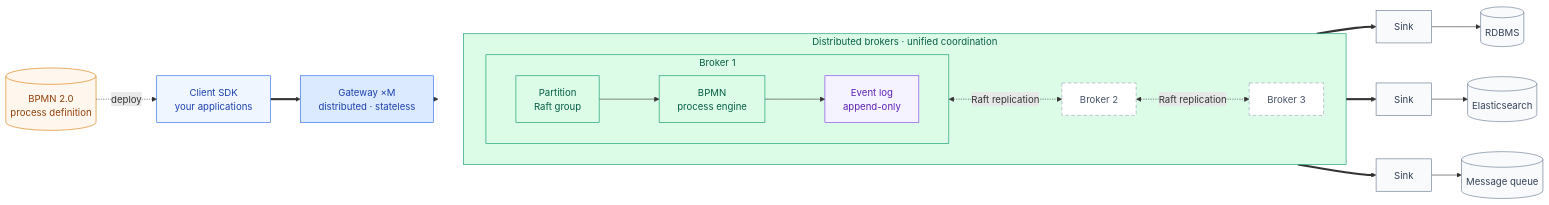
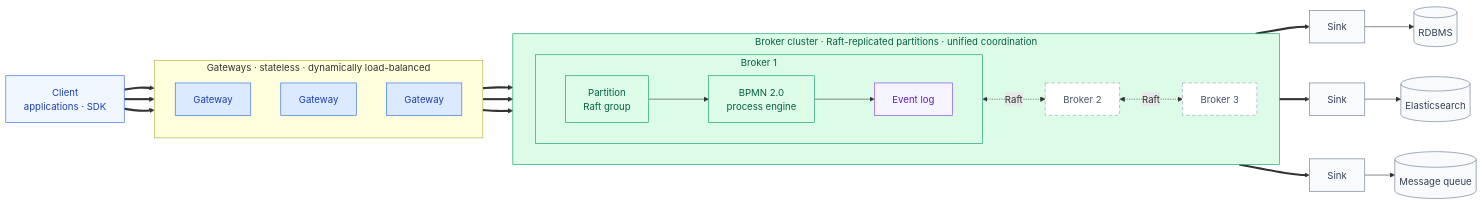
Before and after one commit to anyilanxin/kunpeng-engine: the diagram in README.zh-CN.md, drawn with Mermaid. The commit also changed other lines of this file and 1 other file, not shown here.

Commit message:
docs: refine README overview diagram
- drop the BPMN definition node: BPMN 2.0 is an engine capability, not
  an entry point
- draw three gateways with client fan-out to convey dynamic load
  balancing across stateless gateways

````diff
--- a/README.zh-CN.md
+++ b/README.zh-CN.md
@@ -7,44 +7,50 @@
 ```mermaid
 flowchart LR
-  DEF[("BPMN 2.0<br/>process definition")]
-  CLI["Client SDK<br/>your applications"]
-  GW["Gateway ×M<br/>distributed · stateless"]
+  CLI["Client<br/>applications · SDK"]
 
-  subgraph CLUSTER["Distributed brokers · unified coordination"]
+  subgraph GWS["Gateways · stateless · dynamically load-balanced"]
+    direction TB
+    GW1["Gateway"]
+    GW2["Gateway"]
+    GW3["Gateway"]
+  end
+
+  subgraph CLUSTER["Broker cluster · Raft-replicated partitions · unified coordination"]
     direction LR
     subgraph B1["Broker 1"]
       direction LR
-      RG["Partition<br/>Raft group"] --> ENG["BPMN<br/>process engine"] --> EL["Event log<br/>append-only"]
+      RG["Partition<br/>Raft group"] --> ENG["BPMN 2.0<br/>process engine"] --> EL["Event log"]
     end
     B2["Broker 2"]
     B3["Broker 3"]
-    B1 <-.->|"Raft replication"| B2
-    B2 <-.->|"Raft replication"| B3
+    B1 <-.->|"Raft"| B2
+    B2 <-.->|"Raft"| B3
   end
 
   S1["Sink"] --> R1[("RDBMS")]
   S2["Sink"] --> R2[("Elasticsearch")]
   S3["Sink"] --> R3[("Message queue")]
 
-  DEF -.->|"deploy"| CLI
-  CLI ==> GW
-  GW ==> B1
+  CLI ==> GW1
+  CLI ==> GW2
+  CLI ==> GW3
+  GW1 ==> CLUSTER
+  GW2 ==> CLUSTER
+  GW3 ==> CLUSTER
   EL ==> S1
   EL ==> S2
   EL ==> S3
 
-  classDef defn fill:#FFF7ED,stroke:#D97706,color:#92400E
   classDef cli fill:#EFF6FF,stroke:#2563EB,color:#1E40AF
   classDef gw fill:#DBEAFE,stroke:#2563EB,color:#1E40AF
   classDef part fill:#DCFCE7,stroke:#059669,color:#065F46
   classDef peer fill:#FFFFFF,stroke:#94A3B8,stroke-dasharray:6 4,color:#475569
   classDef log fill:#F5F3FF,stroke:#7C3AED,color:#5B21B6
   classDef ext fill:#F8FAFC,stroke:#64748B,color:#334155
-  class DEF defn
   class CLI cli
-  class GW gw
+  class GW1,GW2,GW3 gw
   class CLUSTER,B1,RG,ENG part
   class B2,B3 peer
   class EL log
   class S1,S2,S3,R1,R2,R3 ext
 ```
````
